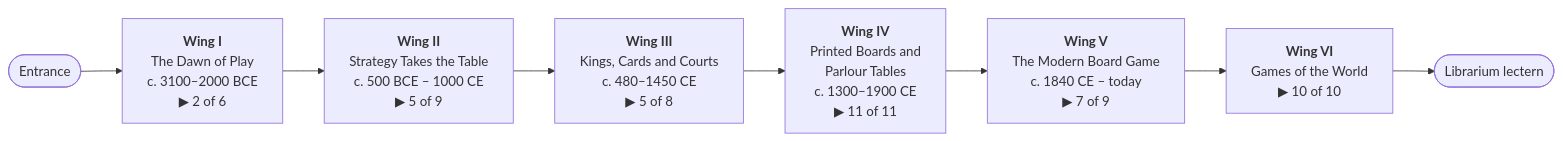
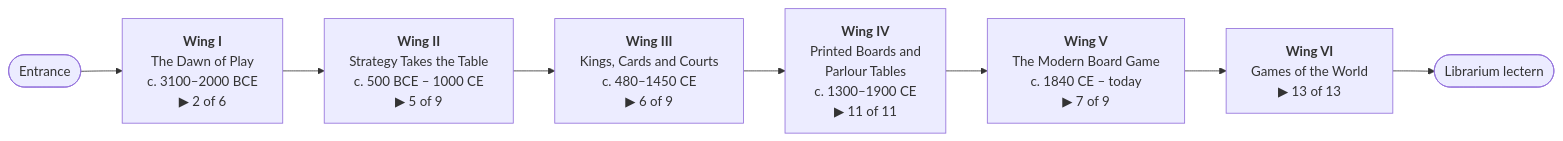
Before and after one commit to CptNope/Librarium-Archives: the first of 2 diagrams in README.md, drawn with Mermaid. The commit also changed other lines of this file and 15 other files, not shown here.

````diff
--- a/README.md
+++ b/README.md
@@ -15,10 +15,10 @@
 ```mermaid
 flowchart LR
     E([Entrance]) --> W1
     W1["<b>Wing I</b><br/>The Dawn of Play<br/>c. 3100–2000 BCE<br/>▶ 2 of 6"] --> W2
     W2["<b>Wing II</b><br/>Strategy Takes the Table<br/>c. 500 BCE – 1000 CE<br/>▶ 5 of 9"] --> W3
-    W3["<b>Wing III</b><br/>Kings, Cards and Courts<br/>c. 480–1450 CE<br/>▶ 5 of 8"] --> W4
+    W3["<b>Wing III</b><br/>Kings, Cards and Courts<br/>c. 480–1450 CE<br/>▶ 6 of 9"] --> W4
     W4["<b>Wing IV</b><br/>Printed Boards and<br/>Parlour Tables<br/>c. 1300–1900 CE<br/>▶ 11 of 11"] --> W5
     W5["<b>Wing V</b><br/>The Modern Board Game<br/>c. 1840 CE – today<br/>▶ 7 of 9"] --> W6
-    W6["<b>Wing VI</b><br/>Games of the World<br/>▶ 10 of 10"] --> L([Librarium lectern])
+    W6["<b>Wing VI</b><br/>Games of the World<br/>▶ 13 of 13"] --> L([Librarium lectern])
 ```
````
